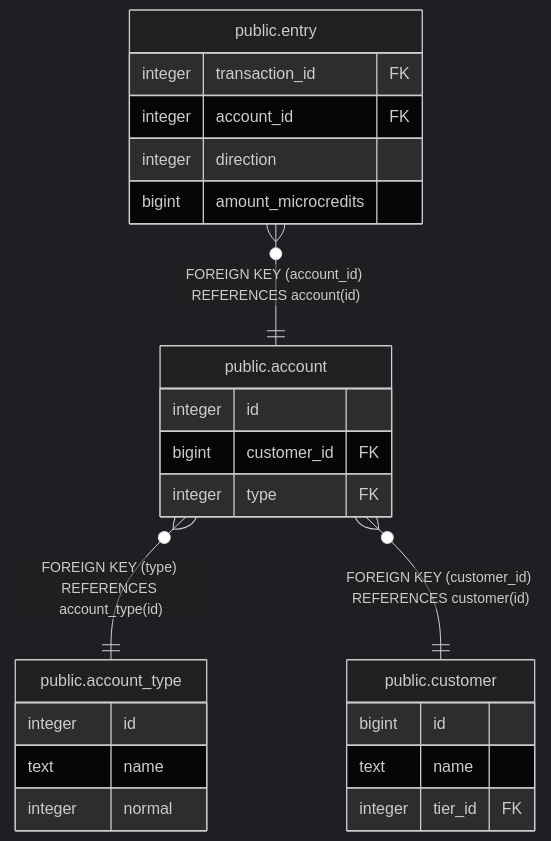
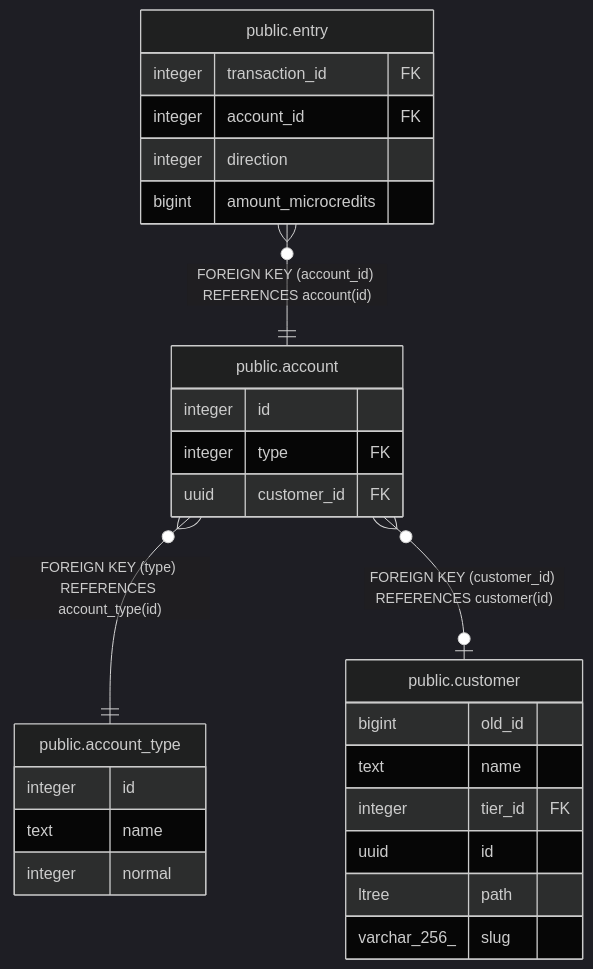
The diagram in docs/db-schema/public.account_type.md (cloud-gov/billing), drawn with Mermaid (dark theme) before and after one commit. The commit also changed 15 other files, not shown here.

````diff
--- a/docs/db-schema/public.account_type.md
+++ b/docs/db-schema/public.account_type.md
@@ -28,29 +28,32 @@
 ```mermaid
 erDiagram
 
 "public.account" }o--|| "public.account_type" : "FOREIGN KEY (type) REFERENCES account_type(id)"
 "public.entry" }o--|| "public.account" : "FOREIGN KEY (account_id) REFERENCES account(id)"
-"public.account" }o--|| "public.customer" : "FOREIGN KEY (customer_id) REFERENCES customer(id)"
+"public.account" }o--o| "public.customer" : "FOREIGN KEY (customer_id) REFERENCES customer(id)"
 
 "public.account_type" {
   integer id
   text name
   integer normal
 }
 "public.account" {
   integer id
-  bigint customer_id FK
   integer type FK
+  uuid customer_id FK
 }
 "public.entry" {
   integer transaction_id FK
   integer account_id FK
   integer direction
   bigint amount_microcredits
 }
 "public.customer" {
-  bigint id
+  bigint old_id
   text name
   integer tier_id FK
+  uuid id
+  ltree path
+  varchar_256_ slug
 }
 ```
````
